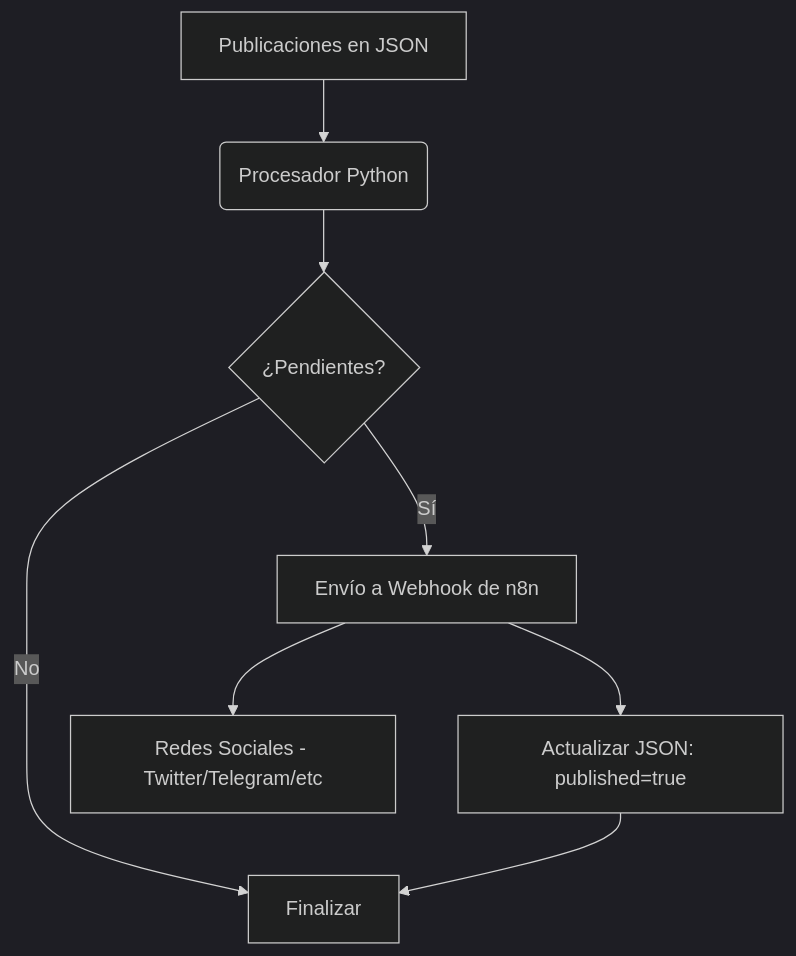
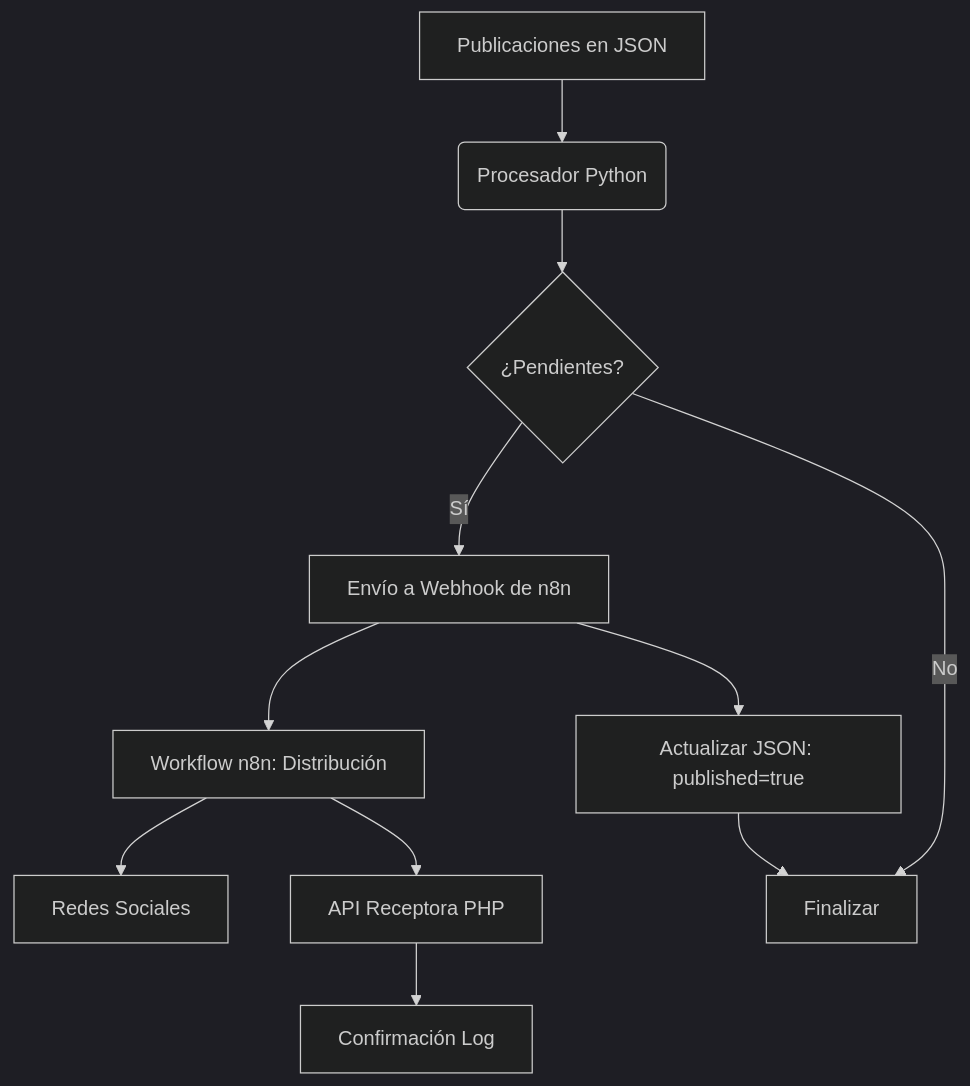
One commit to vladimiracunadev-create/social-bot-scheduler changed the diagram in docs/ARCHITECTURE.md. Above: the diagram before and after it, drawn with Mermaid (dark theme). The commit also changed other lines of this file, not shown here.

Commit message:
docs: include php and n8n layers in architecture flow

````diff
--- a/docs/ARCHITECTURE.md
+++ b/docs/ARCHITECTURE.md
@@ -7,10 +7,13 @@
 ```mermaid
 graph TD
     A[Publicaciones en JSON] --> B(Procesador Python)
     B --> C{¿Pendientes?}
     C -- Sí --> D[Envío a Webhook de n8n]
-    D --> G[Actualizar JSON: published=true]
-    C -- No --> E[Finalizar]
-    G --> E
-    D --> F[Redes Sociales - Twitter/Telegram/etc]
+    D --> E[Workflow n8n: Distribución]
+    E --> F[Redes Sociales]
+    E --> G[API Receptora PHP]
+    G --> H[Confirmación Log]
+    D --> I[Actualizar JSON: published=true]
+    C -- No --> J[Finalizar]
+    I --> J
 ```
````
